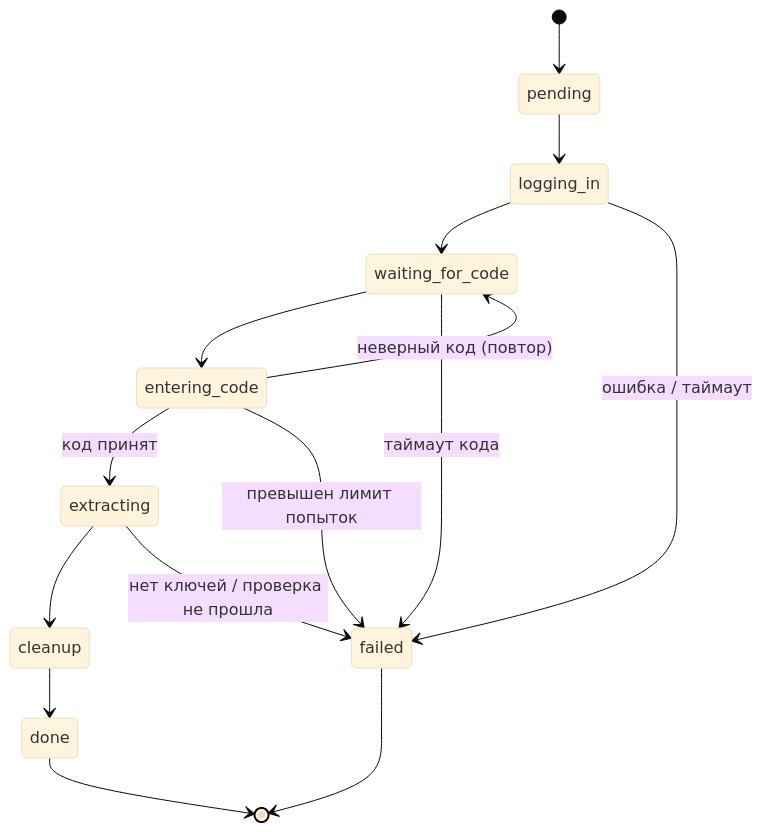
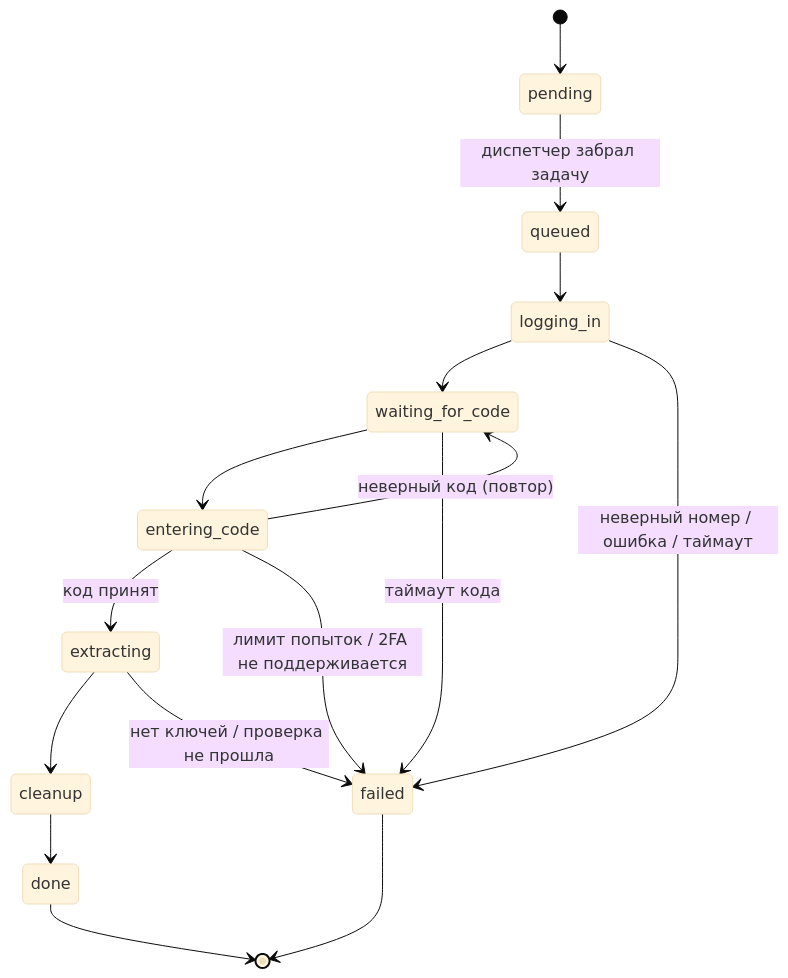
Before and after one commit to mkaascs/TelegramAuthExtractor: the first of 3 diagrams in docs/research.md, drawn with Mermaid (base theme). The commit also changed other lines of this file, not shown here.

````diff
--- a/docs/research.md
+++ b/docs/research.md
@@ -203,17 +216,18 @@
 ```mermaid
 stateDiagram-v2
     [*] --> pending
-    pending --> logging_in
+    pending --> queued: диспетчер забрал задачу
+    queued --> logging_in
     logging_in --> waiting_for_code
     waiting_for_code --> entering_code
     entering_code --> waiting_for_code: неверный код (повтор)
     entering_code --> extracting: код принят
     extracting --> cleanup
     cleanup --> done
-    logging_in --> failed: ошибка / таймаут
+    logging_in --> failed: неверный номер / ошибка / таймаут
     waiting_for_code --> failed: таймаут кода
-    entering_code --> failed: превышен лимит попыток
+    entering_code --> failed: лимит попыток / 2FA не поддерживается
     extracting --> failed: нет ключей / проверка не прошла
     done --> [*]
     failed --> [*]
 ```
````
